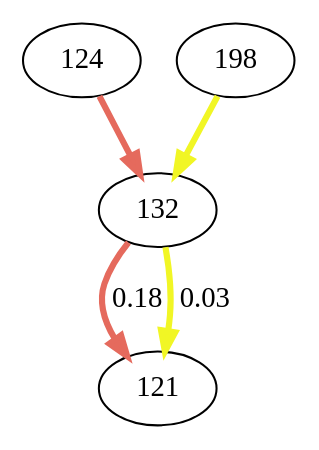
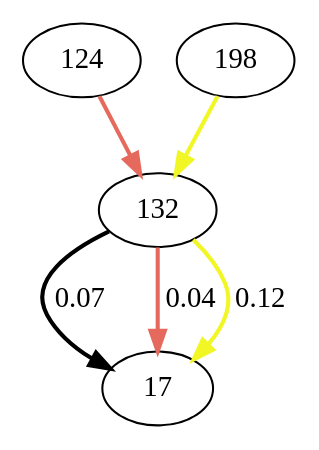
Before and after one commit to jonhyona/Potts_python_Ghislain: the diagram in graph/my_graph132.dot, drawn with Graphviz. The commit also changed 54 other files, not shown here.

```diff
--- a/graph/my_graph132.dot
+++ b/graph/my_graph132.dot
@@ -1,10 +1,11 @@
 digraph  {
 124;
 132;
-121;
+17;
 198;
-124 -> 132  [color="#e56a5d", key=0, penwidth=3];
-132 -> 121  [color="#e56a5d", key=0, label="0.18", penwidth=3];
-132 -> 121  [color="#f1f625", key=1, label="0.03", penwidth=3];
-198 -> 132  [color="#f1f625", key=0, penwidth=3];
+124 -> 132  [color="#e56a5d", key=0, penwidth=2];
+132 -> 17  [color=black, key=0, label="0.07", penwidth=2];
+132 -> 17  [color="#e56a5d", key=1, label="0.04", penwidth=2];
+132 -> 17  [color="#f1f625", key=2, label="0.12", penwidth=2];
+198 -> 132  [color="#f1f625", key=0, penwidth=2];
 }
```
